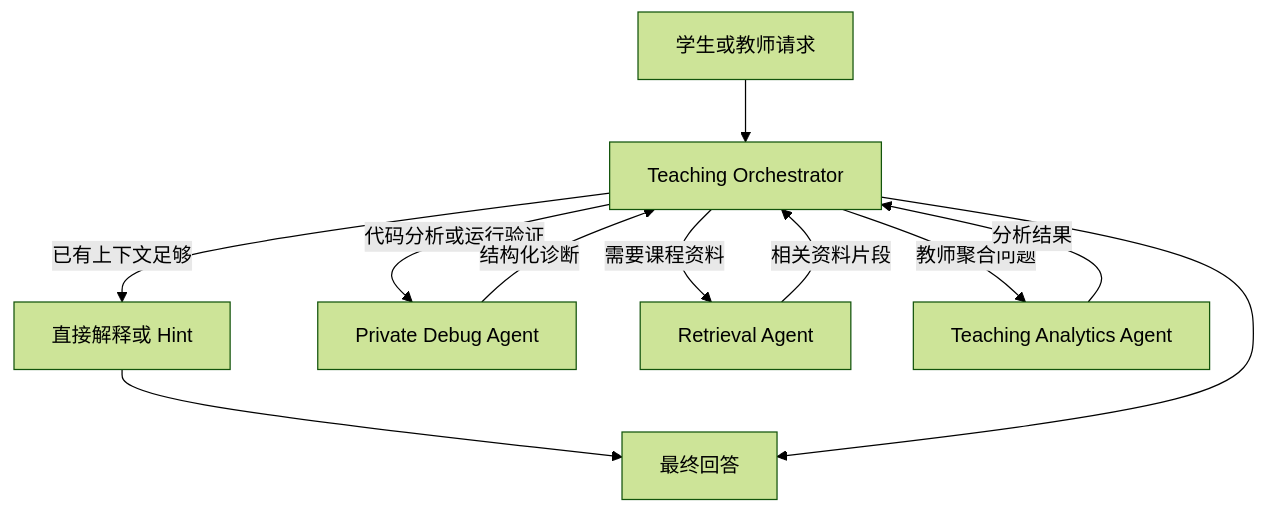
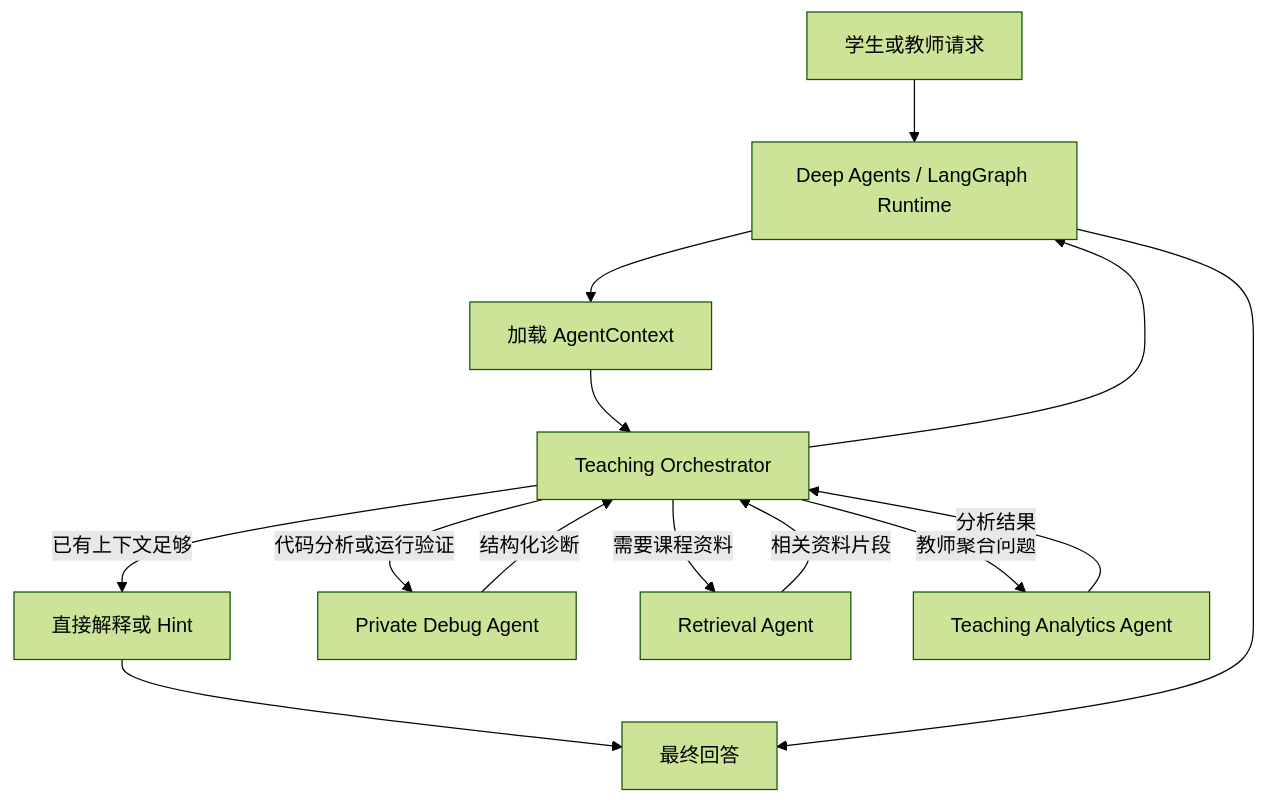
Before and after one commit to roey-cheng/AI-teaching-agent: the third of 9 diagrams in docs/superpowers/specs/2026-09-13-ai-coding-assistant-architecture-design-zh.md, drawn with Mermaid (forest theme). The commit also changed other lines of this file, not shown here.

Commit message:
docs: add agent runtime architecture

````diff
--- a/docs/superpowers/specs/2026-09-13-ai-coding-assistant-architecture-design-zh.md
+++ b/docs/superpowers/specs/2026-09-13-ai-coding-assistant-architecture-design-zh.md
@@ -299,15 +316,18 @@
 ```mermaid
 flowchart TD
-    Request[学生或教师请求] --> Orchestrator[Teaching Orchestrator]
+    Request[学生或教师请求] --> Runtime[Deep Agents / LangGraph Runtime]
+    Runtime --> Context[加载 AgentContext]
+    Context --> Orchestrator[Teaching Orchestrator]
 
     Orchestrator -->|已有上下文足够| Direct[直接解释或 Hint]
     Orchestrator -->|代码分析或运行验证| Debug[Private Debug Agent]
     Orchestrator -->|需要课程资料| Retrieval[Retrieval Agent]
     Orchestrator -->|教师聚合问题| Analytics[Teaching Analytics Agent]
 
     Debug -->|结构化诊断| Orchestrator
     Retrieval -->|相关资料片段| Orchestrator
     Analytics -->|分析结果| Orchestrator
     Direct --> Response[最终回答]
-    Orchestrator --> Response
+    Orchestrator --> Runtime
+    Runtime --> Response
 ```
````
